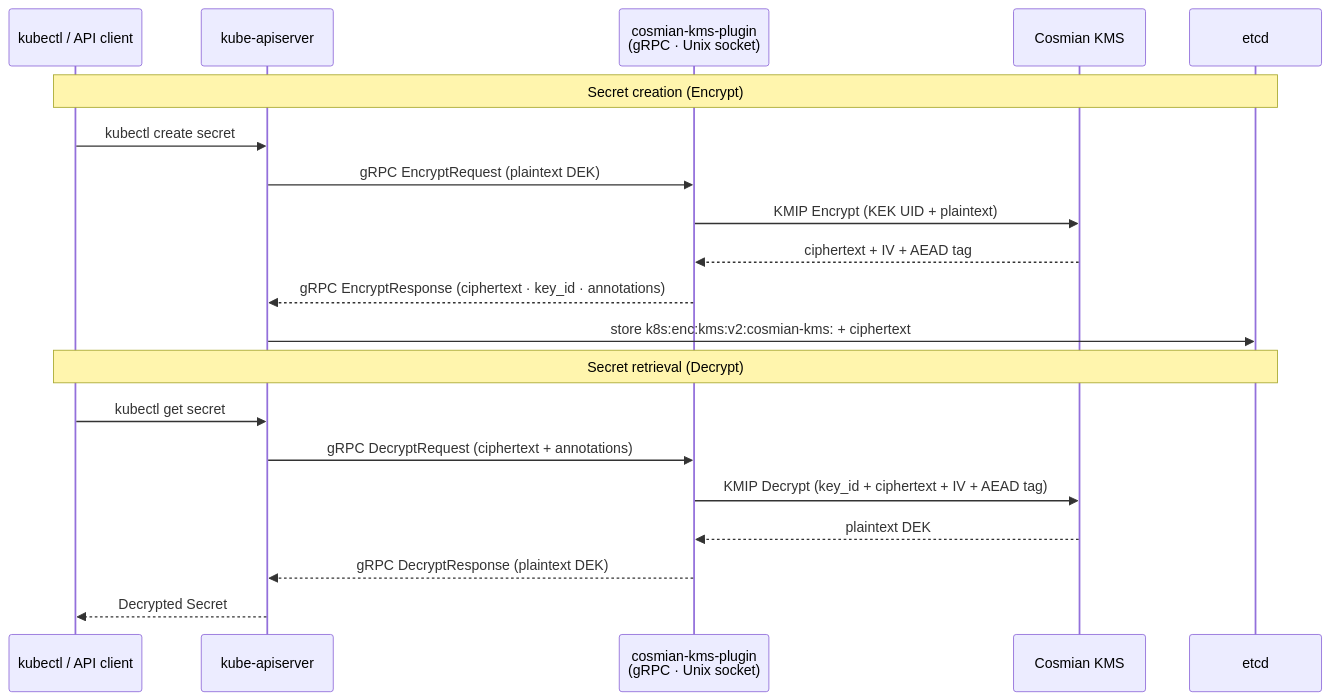
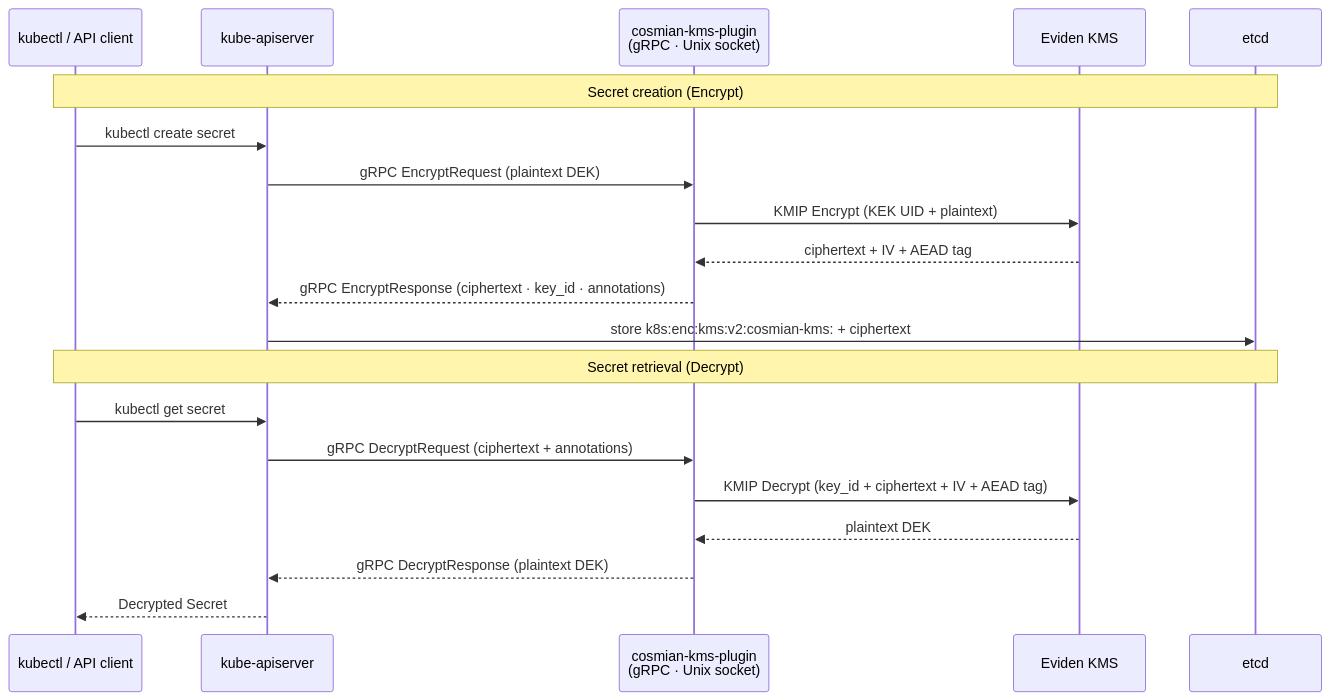
The diagram in documentation/docs/integrations/kubernetes/kms-provider-plugin.md (Cosmian/kms), drawn with Mermaid before and after one commit. The commit also changed other lines of this file and 10 other files, not shown here.

````diff
--- a/documentation/docs/integrations/kubernetes/kms-provider-plugin.md
+++ b/documentation/docs/integrations/kubernetes/kms-provider-plugin.md
@@ -13,24 +13,24 @@
 ```mermaid
 sequenceDiagram
     participant U as kubectl / API client
     participant A as kube-apiserver
     participant P as cosmian-kms-plugin<br/>(gRPC · Unix socket)
-    participant K as Cosmian KMS
+    participant K as Eviden KMS
     participant E as etcd
 
     Note over U,E: Secret creation (Encrypt)
     U->>A: kubectl create secret
     A->>P: gRPC EncryptRequest (plaintext DEK)
     P->>K: KMIP Encrypt (KEK UID + plaintext)
     K-->>P: ciphertext + IV + AEAD tag
     P-->>A: gRPC EncryptResponse (ciphertext · key_id · annotations)
     A->>E: store k8s:enc:kms:v2:cosmian-kms: + ciphertext
 
     Note over U,E: Secret retrieval (Decrypt)
     U->>A: kubectl get secret
     A->>P: gRPC DecryptRequest (ciphertext + annotations)
     P->>K: KMIP Decrypt (key_id + ciphertext + IV + AEAD tag)
     K-->>P: plaintext DEK
     P-->>A: gRPC DecryptResponse (plaintext DEK)
     A-->>U: Decrypted Secret
 ```
````
